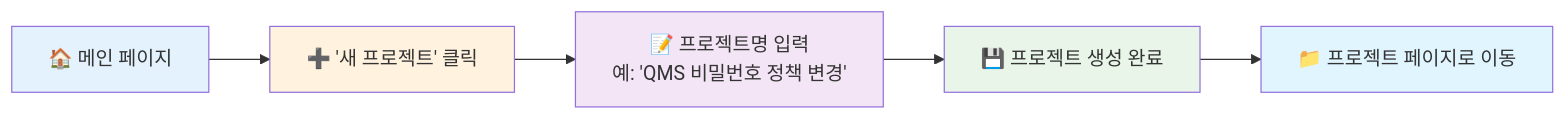
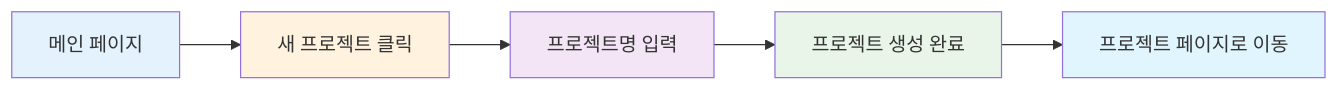
The seventh of 9 diagrams in README.md (DONGWOO79/qa-test-manager), drawn with Mermaid before and after one commit. The commit also changed other lines of this file, not shown here.

First line of the commit message:
fix: Fix Mermaid diagram parsing errors in README

````diff
--- a/README.md
+++ b/README.md
@@ -668,13 +668,13 @@
 ```mermaid
 graph LR
-    A[🏠 메인 페이지] --> B[➕ '새 프로젝트' 클릭]
-    B --> C[📝 프로젝트명 입력<br/>예: 'QMS 비밀번호 정책 변경']
-    C --> D[💾 프로젝트 생성 완료]
-    D --> E[📁 프로젝트 페이지로 이동]
+    A[메인 페이지] --> B[새 프로젝트 클릭]
+    B --> C[프로젝트명 입력]
+    C --> D[프로젝트 생성 완료]
+    D --> E[프로젝트 페이지로 이동]
     
     style A fill:#e3f2fd
     style B fill:#fff3e0
     style C fill:#f3e5f5
     style D fill:#e8f5e8
     style E fill:#e1f5fe
 ```
````
